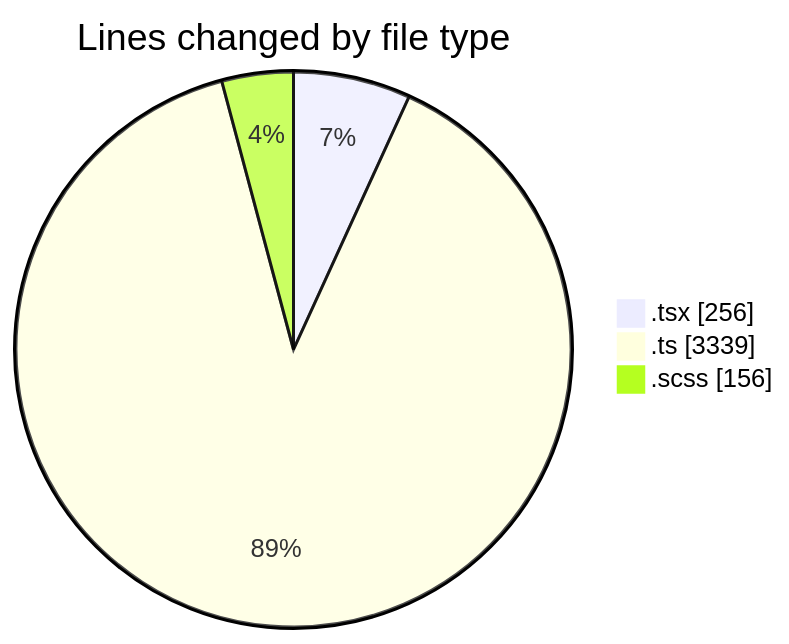
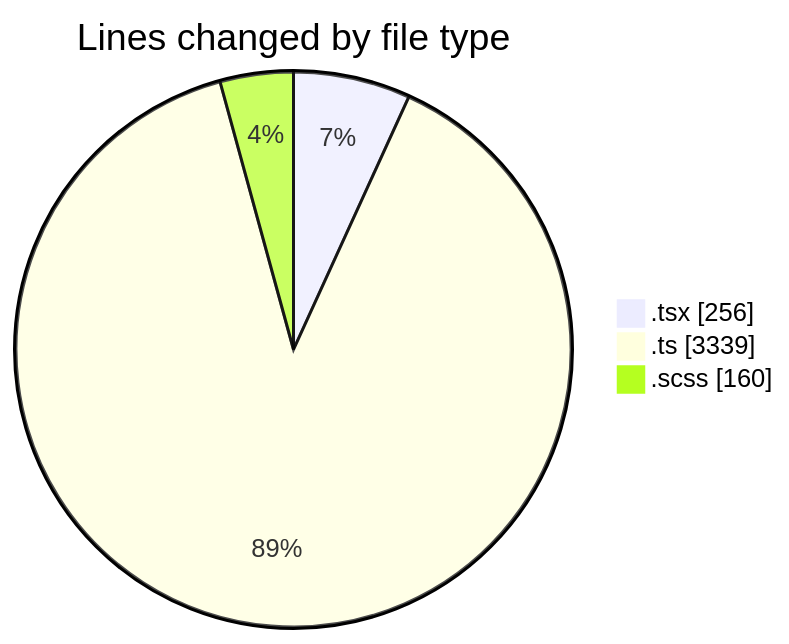
One commit to momahboobian/code-tracking changed the first of 2 diagrams in 2025-09-17/cda/README.md. Above: the diagram before and after it, drawn with Mermaid. The commit also changed other lines of this file and 1 other file, not shown here.

````diff
--- a/2025-09-17/cda/README.md
+++ b/2025-09-17/cda/README.md
@@ -23,7 +23,7 @@
 ```mermaid
 pie showData
 title Lines changed by file type
 ".tsx" : 256
 ".ts" : 3339
-".scss" : 156
+".scss" : 160
 ```
````
